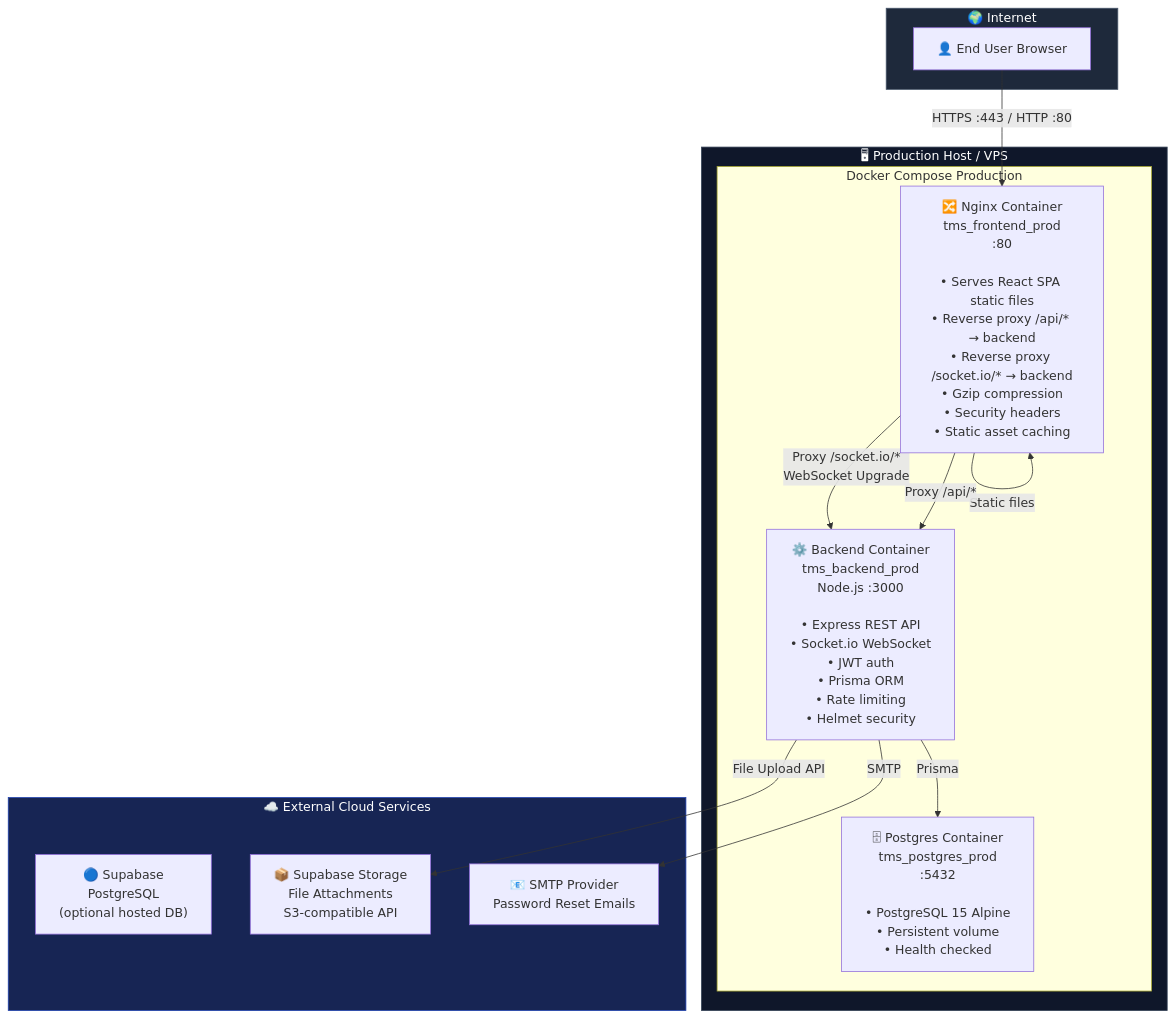
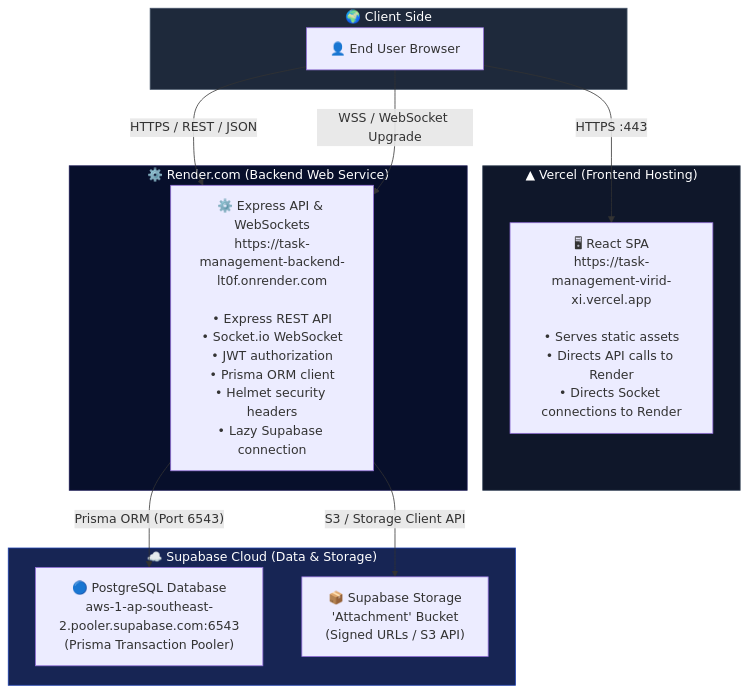
The sixth of 8 diagrams in docs/system_documentation.md (Dayaleeswaran/TaskManagement), drawn with Mermaid before and after one commit. The commit also changed other lines of this file, not shown here.

Commit message:
docs: update production URLs to Vercel/Render hosting and enrich ER diagram relationships

````diff
--- a/docs/system_documentation.md
+++ b/docs/system_documentation.md
@@ -854,34 +877,30 @@
 ```mermaid
 graph TB
-    subgraph INTERNET["🌍 Internet"]
+    subgraph CLIENT["🌍 Client Side"]
         USER["👤 End User Browser"]
     end
 
-    subgraph HOST["🖥 Production Host / VPS"]
-        subgraph DC_PROD["Docker Compose Production"]
-            NGINX["🔀 Nginx Container\ntms_frontend_prod\n:80\n\n• Serves React SPA static files\n• Reverse proxy /api/* → backend\n• Reverse proxy /socket.io/* → backend\n• Gzip compression\n• Security headers\n• Static asset caching"]
-
-            BE_PROD["⚙️ Backend Container\ntms_backend_prod\nNode.js :3000\n\n• Express REST API\n• Socket.io WebSocket\n• JWT auth\n• Prisma ORM\n• Rate limiting\n• Helmet security"]
-
-            PG_PROD["🗄 Postgres Container\ntms_postgres_prod\n:5432\n\n• PostgreSQL 15 Alpine\n• Persistent volume\n• Health checked"]
-        end
+    subgraph VERCEL["▲ Vercel (Frontend Hosting)"]
+        FE_PROD["🖥 React SPA\nhttps://task-management-virid-xi.vercel.app\n\n• Serves static assets\n• Directs API calls to Render\n• Directs Socket connections to Render"]
     end
 
-    subgraph CLOUD_PROD["☁️ External Cloud Services"]
-        SB_AUTH["🔵 Supabase\nPostgreSQL\n(optional hosted DB)"]
-        SB_FILES["📦 Supabase Storage\nFile Attachments\nS3-compatible API"]
-        SMTP["📧 SMTP Provider\nPassword Reset Emails"]
+    subgraph RENDER["⚙️ Render.com (Backend Web Service)"]
+        BE_PROD["⚙️ Express API & WebSockets\nhttps://task-management-backend-lt0f.onrender.com\n\n• Express REST API\n• Socket.io WebSocket\n• JWT authorization\n• Prisma ORM client\n• Helmet security headers\n• Lazy Supabase connection"]
     end
 
-    USER -->|"HTTPS :443 / HTTP :80"| NGINX
-    NGINX -->|"Static files"| NGINX
-    NGINX -->|"Proxy /api/*"| BE_PROD
-    NGINX -->|"Proxy /socket.io/*\nWebSocket Upgrade"| BE_PROD
-    BE_PROD -->|"Prisma"| PG_PROD
-    BE_PROD -->|"File Upload API"| SB_FILES
-    BE_PROD -->|"SMTP"| SMTP
+    subgraph SUPABASE["☁️ Supabase Cloud (Data & Storage)"]
+        SB_DB["🔵 PostgreSQL Database\naws-1-ap-southeast-2.pooler.supabase.com:6543\n(Prisma Transaction Pooler)"]
+        SB_FILES["📦 Supabase Storage\n'Attachment' Bucket\n(Signed URLs / S3 API)"]
+    end
 
-    style INTERNET fill:#1e293b,stroke:#475569,color:#fff
-    style HOST fill:#0f172a,stroke:#334155,color:#fff
-    style CLOUD_PROD fill:#172554,stroke:#1e40af,color:#fff
+    USER -->|"HTTPS :443"| FE_PROD
+    USER -->|"HTTPS / REST / JSON"| BE_PROD
+    USER -->|"WSS / WebSocket Upgrade"| BE_PROD
+    BE_PROD -->|"Prisma ORM (Port 6543)"| SB_DB
+    BE_PROD -->|"S3 / Storage Client API"| SB_FILES
+
+    style CLIENT fill:#1e293b,stroke:#475569,color:#fff
+    style VERCEL fill:#0f172a,stroke:#334155,color:#fff
+    style RENDER fill:#070f2b,stroke:#1b1a55,color:#fff
+    style SUPABASE fill:#172554,stroke:#1e40af,color:#fff
 ```
````
